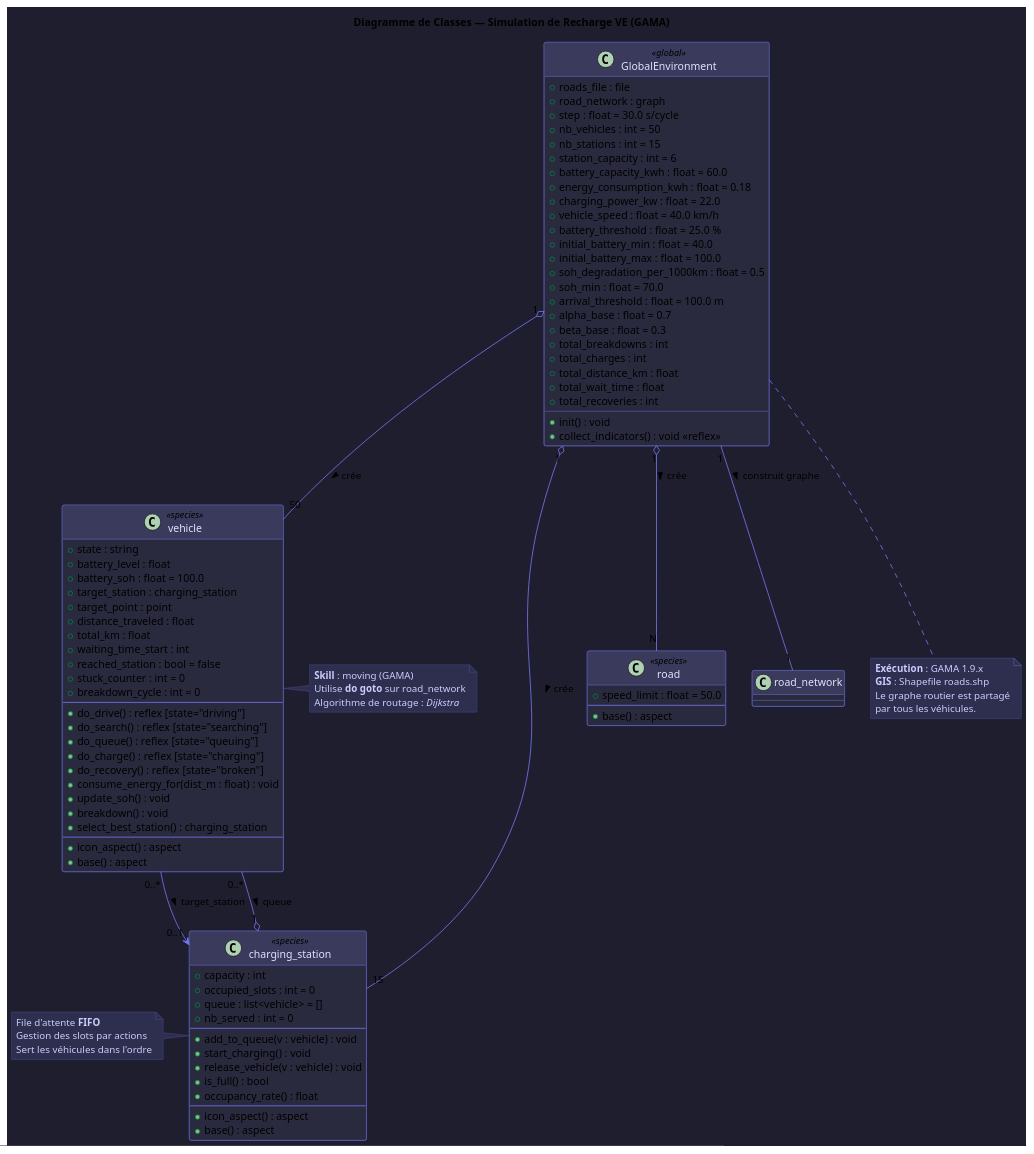
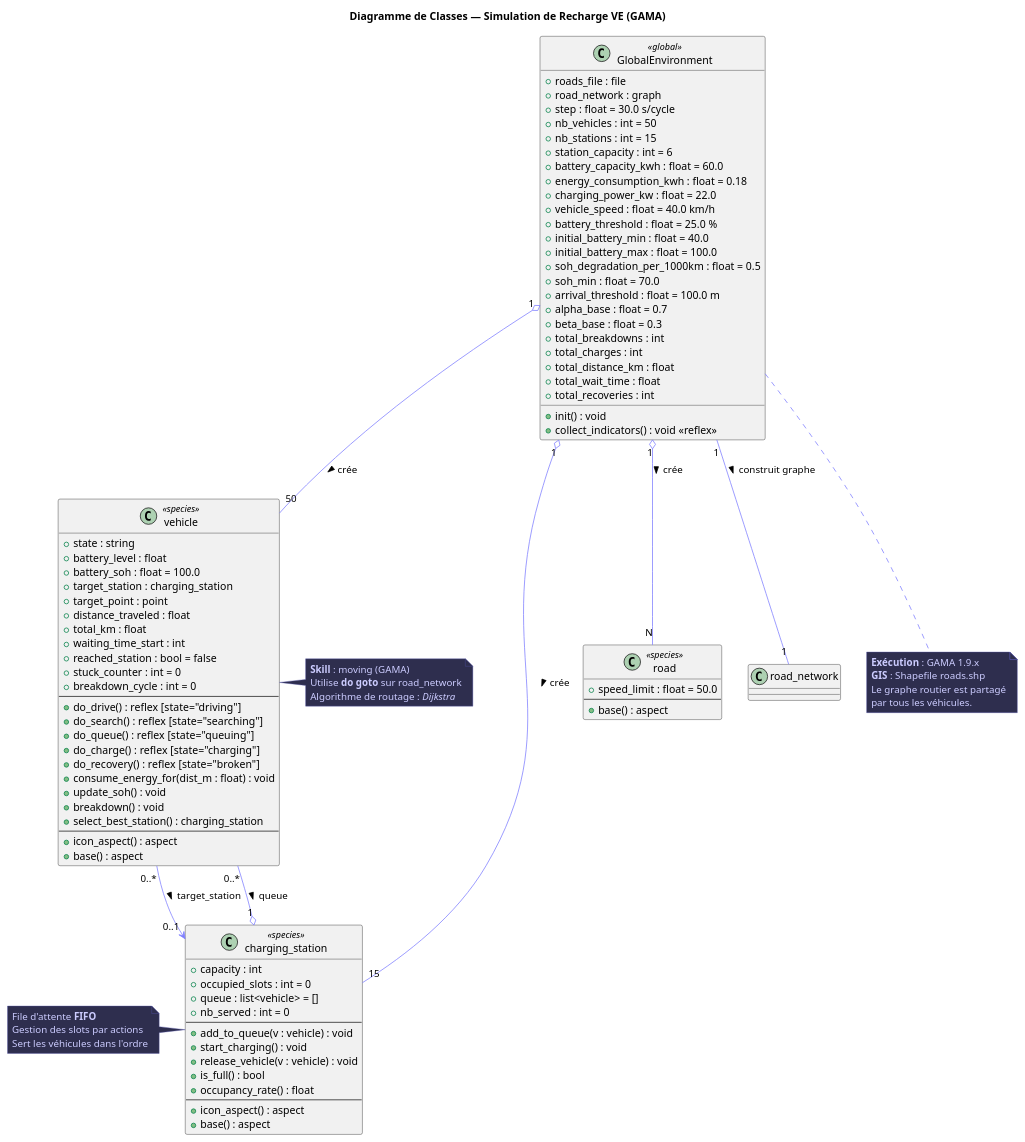
One commit to Tchoutouo/ev_charging_simulation changed the diagram in diagrams/01_class_diagram.puml. Above: the diagram before and after it, drawn with PlantUML. The commit also changed 2 other files, not shown here.

```diff
--- a/diagrams/01_class_diagram.puml
+++ b/diagrams/01_class_diagram.puml
@@ -1,144 +1,144 @@
 @startuml 01_Diagramme_de_Classes
 
-skinparam backgroundColor #1E1E2E
-skinparam classBackgroundColor #2A2A3E
-skinparam classBorderColor #7C7CFF
-skinparam classHeaderBackgroundColor #3A3A5C
-skinparam classFontColor #E0E0FF
+' skinparam backgroundColor #1E1E2E
+' skinparam classBackgroundColor #2A2A3E
+' skinparam classBorderColor #7C7CFF
+' skinparam classHeaderBackgroundColor #3A3A5C
+' skinparam classFontColor #E0E0FF
 skinparam attributeFontColor #C0C0FF
 skinparam arrowColor #7C7CFF
 skinparam noteBackgroundColor #2E2E4E
 skinparam noteBorderColor #5555AA
 skinparam noteFontColor #CCCCFF
 skinparam title FontColor #FFFFFF
 skinparam title FontSize 16
 
 title Diagramme de Classes — Simulation de Recharge VE (GAMA)
 
 ' ===================== GLOBAL =====================
 class GlobalEnvironment <<global>> {
     ' -- Données GIS --
     + roads_file : file
     + road_network : graph
     ' -- Temps --
     + step : float = 30.0 s/cycle
     ' -- Paramètres simulation --
     + nb_vehicles : int = 50
     + nb_stations : int = 15
     + station_capacity : int = 6
     ' -- Paramètres batterie --
     + battery_capacity_kwh : float = 60.0
     + energy_consumption_kwh : float = 0.18
     + charging_power_kw : float = 22.0
     + vehicle_speed : float = 40.0 km/h
     + battery_threshold : float = 25.0 %
     + initial_battery_min : float = 40.0
     + initial_battery_max : float = 100.0
     ' -- Paramètres dégradation --
     + soh_degradation_per_1000km : float = 0.5
     + soh_min : float = 70.0
     + arrival_threshold : float = 100.0 m
     ' -- Paramètres stratégie WSM --
     + alpha_base : float = 0.7
     + beta_base : float = 0.3
     ' -- Monitoring --
     + total_breakdowns : int
     + total_charges : int
     + total_distance_km : float
     + total_wait_time : float
     + total_recoveries : int
     ' -- Méthodes --
     + init() : void
     + collect_indicators() : void <<reflex>>
 }
 
 ' ===================== ROAD =====================
 class road <<species>> {
     + speed_limit : float = 50.0
     --
     + base() : aspect
 }
 
 ' ===================== CHARGING STATION =====================
 class charging_station <<species>> {
     ' -- Attributs --
     + capacity : int
     + occupied_slots : int = 0
     + queue : list<vehicle> = []
     + nb_served : int = 0
     --
     ' -- Actions FIFO --
     + add_to_queue(v : vehicle) : void
     + start_charging() : void
     + release_vehicle(v : vehicle) : void
     ' -- Fonctions --
     + is_full() : bool
     + occupancy_rate() : float
     --
     + icon_aspect() : aspect
     + base() : aspect
 }
 
 ' ===================== VEHICLE =====================
 class vehicle <<species>> {
     ' -- État FSM --
     + state : string
     + battery_level : float
     + battery_soh : float = 100.0
     + target_station : charging_station
     + target_point : point
     ' -- Métriques --
     + distance_traveled : float
     + total_km : float
     + waiting_time_start : int
     ' -- Contrôleurs internes --
     + reached_station : bool = false
     + stuck_counter : int = 0
     + breakdown_cycle : int = 0
     --
     ' -- Réflexes FSM --
     + do_drive() : reflex [state="driving"]
     + do_search() : reflex [state="searching"]
     + do_queue() : reflex [state="queuing"]
     + do_charge() : reflex [state="charging"]
     + do_recovery() : reflex [state="broken"]
     ' -- Actions utilitaires --
     + consume_energy_for(dist_m : float) : void
     + update_soh() : void
     + breakdown() : void
     + select_best_station() : charging_station
     --
     + icon_aspect() : aspect
     + base() : aspect
 }
 
 ' ===================== RELATIONS =====================
 
 GlobalEnvironment "1" o-- "N" road : crée >
 GlobalEnvironment "1" o-- "15" charging_station : crée >
 GlobalEnvironment "1" o-- "50" vehicle : crée >
 GlobalEnvironment "1" -- "1" road_network : construit graphe >
 
 vehicle "0..*" --> "0..1" charging_station : target_station >
 charging_station "1" o-- "0..*" vehicle : queue <
 
 note right of vehicle
   <b>Skill</b> : moving (GAMA)
   Utilise <b>do goto</b> sur road_network
   Algorithme de routage : <i>Dijkstra</i>
 end note
 
 note left of charging_station
   File d'attente <b>FIFO</b>
   Gestion des slots par actions
   Sert les véhicules dans l'ordre
 end note
 
 note bottom of GlobalEnvironment
   <b>Exécution</b> : GAMA 1.9.x
   <b>GIS</b> : Shapefile roads.shp
   Le graphe routier est partagé
   par tous les véhicules.
 end note
 
 @enduml
```
